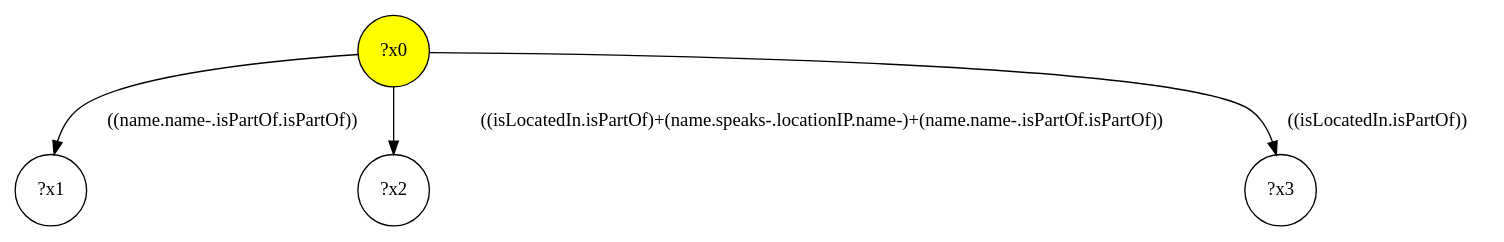
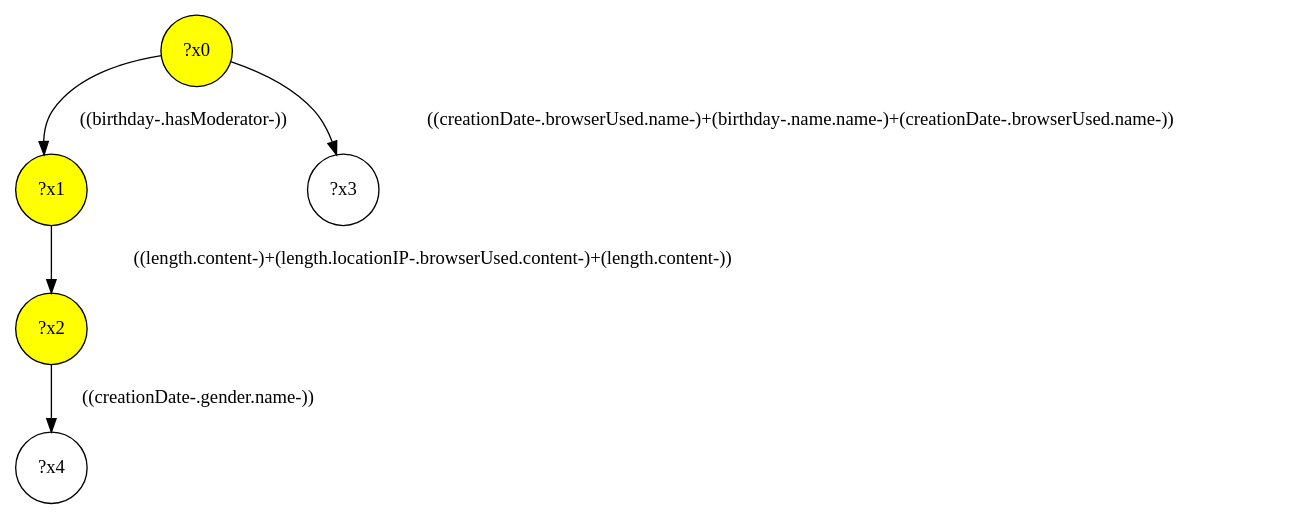
The diagram in demo/social-a/social-a-interface/query-3.dot (gbagan/gmark), drawn with Graphviz before and after one commit. The commit also changed 1418 other files, not shown here.

```diff
--- a/demo/social-a/social-a-interface/query-3.dot
+++ b/demo/social-a/social-a-interface/query-3.dot
@@ -1,9 +1,11 @@
 digraph g {
+	x2 [fillcolor="yellow", style="filled," shape=circle, label="?x2"];
 	x0 [fillcolor="yellow", style="filled," shape=circle, label="?x0"];
-	x1 [shape=circle, label="?x1"];
-	x0 -> x1 [label="((name.name-.isPartOf.isPartOf))"];
-	x2 [shape=circle, label="?x2"];
-	x0 -> x2 [label="((isLocatedIn.isPartOf)+(name.speaks-.locationIP.name-)+(name.name-.isPartOf.isPartOf))"];
+	x1 [fillcolor="yellow", style="filled," shape=circle, label="?x1"];
+	x0 -> x1 [label="((birthday-.hasModerator-))"];
+	x1 -> x2 [label="((length.content-)+(length.locationIP-.browserUsed.content-)+(length.content-))"];
 	x3 [shape=circle, label="?x3"];
-	x0 -> x3 [label="((isLocatedIn.isPartOf))"];
+	x0 -> x3 [label="((creationDate-.browserUsed.name-)+(birthday-.name.name-)+(creationDate-.browserUsed.name-))"];
+	x4 [shape=circle, label="?x4"];
+	x2 -> x4 [label="((creationDate-.gender.name-))"];
 }
```
